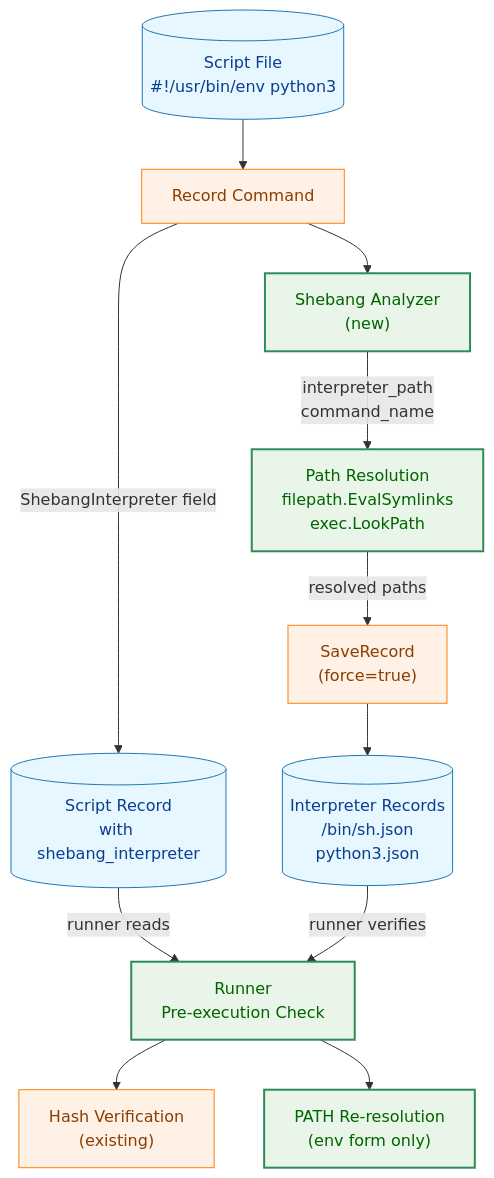
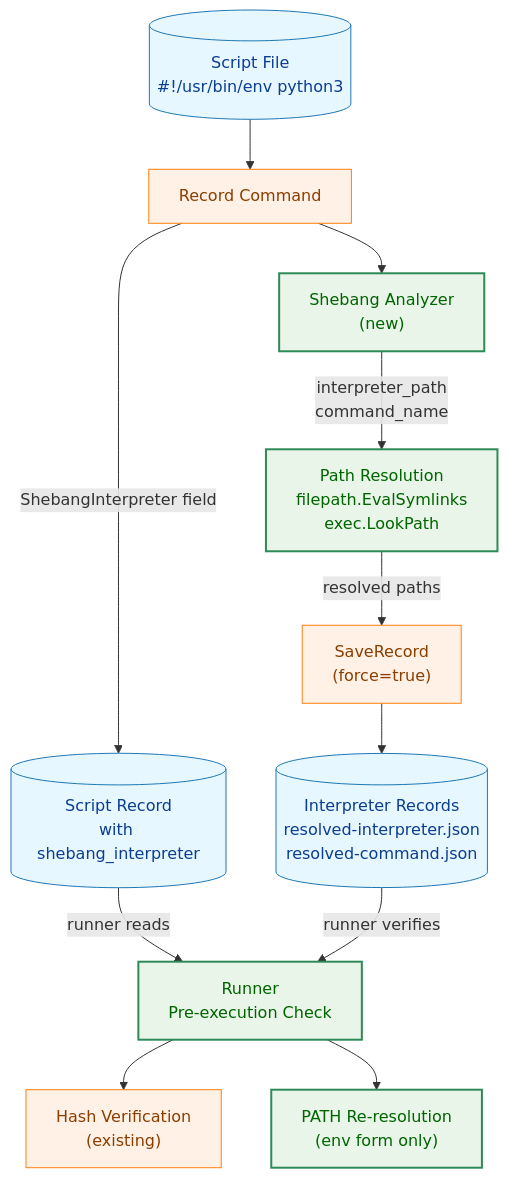
One commit to isseis/go-safe-cmd-runner changed the first of 7 diagrams in docs/tasks/0083_shebang_interpreter_tracking/02_architecture.md. Above: the diagram before and after it, drawn with Mermaid. The commit also changed other lines of this file and 3 other files, not shown here.

````diff
--- a/docs/tasks/0083_shebang_interpreter_tracking/02_architecture.md
+++ b/docs/tasks/0083_shebang_interpreter_tracking/02_architecture.md
@@ -25,22 +25,22 @@
 ```mermaid
 flowchart TD
     classDef data fill:#e6f7ff,stroke:#1f77b4,stroke-width:1px,color:#0b3d91;
     classDef process fill:#fff1e6,stroke:#ff7f0e,stroke-width:1px,color:#8a3e00;
     classDef enhanced fill:#e8f5e8,stroke:#2e8b57,stroke-width:2px,color:#006400;
 
     SCRIPT[("Script File<br>#!/usr/bin/env python3")] --> RECORD["Record Command"]
     RECORD --> SHEBANG["Shebang Analyzer<br>(new)"]
     SHEBANG -->|"interpreter_path<br>command_name"| RESOLVE["Path Resolution<br>filepath.EvalSymlinks<br>exec.LookPath"]
     RESOLVE -->|"resolved paths"| SAVE["SaveRecord<br>(force=true)"]
-    SAVE --> IREC[("Interpreter Records<br>/bin/sh.json<br>python3.json")]
+    SAVE --> IREC[("Interpreter Records<br>resolved-interpreter.json<br>resolved-command.json")]
     RECORD -->|"ShebangInterpreter field"| SREC[("Script Record<br>with shebang_interpreter")]
 
     SREC -->|"runner reads"| RUNNER["Runner<br>Pre-execution Check"]
     IREC -->|"runner verifies"| RUNNER
     RUNNER --> HASH["Hash Verification<br>(existing)"]
     RUNNER --> PATHCHK["PATH Re-resolution<br>(env form only)"]
 
     class SCRIPT,IREC,SREC data;
     class RECORD,SAVE,HASH process;
     class SHEBANG,RESOLVE,RUNNER,PATHCHK enhanced;
 ```
````
